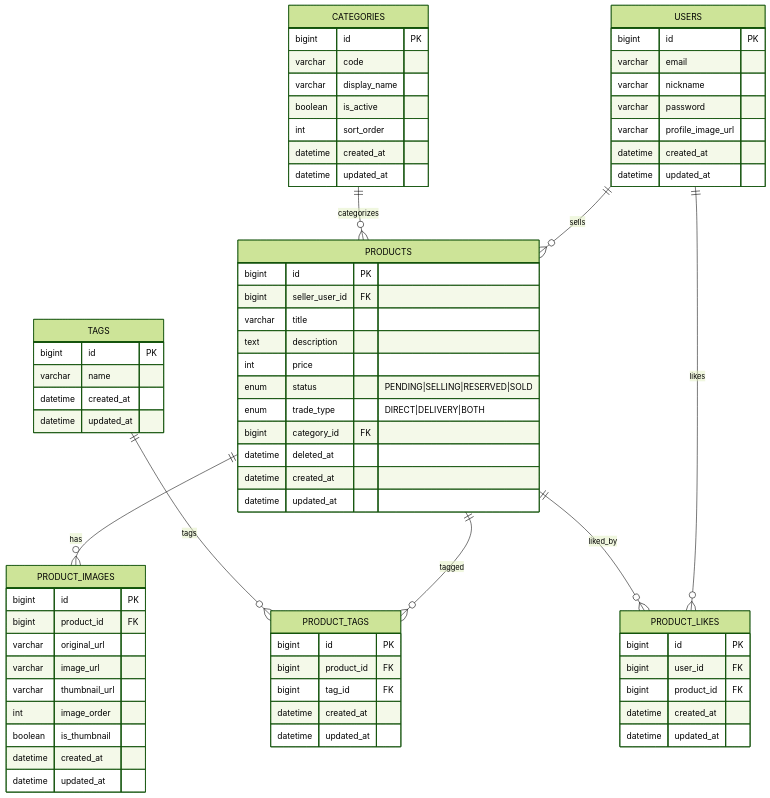
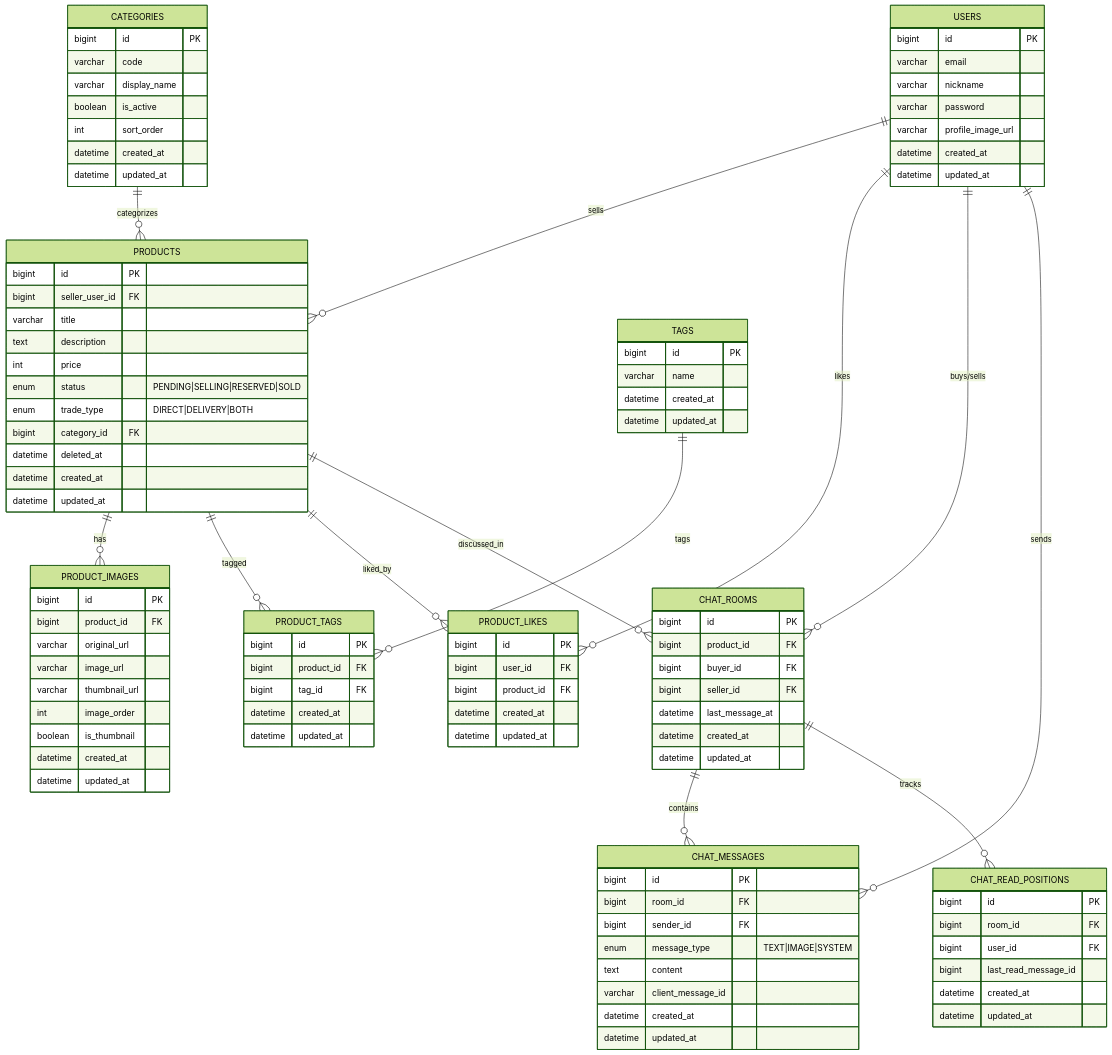
The diagram in architecture/erd.md (cherry-market/cherry-architecture), drawn with Mermaid (forest theme) before and after one commit. The commit also changed 3 other files, not shown here.

First line of the commit message:
docs: Phase 6 채팅 인프라 반영 — 시스템 다이어그램, ERD, 유스케이스 업데이트

````diff
--- a/architecture/erd.md
+++ b/architecture/erd.md
@@ -9,6 +9,11 @@
   TAGS ||--o{ PRODUCT_TAGS : tags
   USERS ||--o{ PRODUCT_LIKES : likes
   PRODUCTS ||--o{ PRODUCT_LIKES : liked_by
+  PRODUCTS ||--o{ CHAT_ROOMS : discussed_in
+  USERS ||--o{ CHAT_ROOMS : "buys/sells"
+  CHAT_ROOMS ||--o{ CHAT_MESSAGES : contains
+  USERS ||--o{ CHAT_MESSAGES : sends
+  CHAT_ROOMS ||--o{ CHAT_READ_POSITIONS : tracks
 
   USERS {
     bigint id PK
@@ -78,4 +83,34 @@
     datetime created_at
     datetime updated_at
   }
+
+  CHAT_ROOMS {
+    bigint id PK
+    bigint product_id FK
+    bigint buyer_id FK
+    bigint seller_id FK
+    datetime last_message_at
+    datetime created_at
+    datetime updated_at
+  }
+
+  CHAT_MESSAGES {
+    bigint id PK
+    bigint room_id FK
+    bigint sender_id FK
+    enum message_type "TEXT|IMAGE|SYSTEM"
+    text content
+    varchar client_message_id
+    datetime created_at
+    datetime updated_at
+  }
+
+  CHAT_READ_POSITIONS {
+    bigint id PK
+    bigint room_id FK
+    bigint user_id FK
+    bigint last_read_message_id
+    datetime created_at
+    datetime updated_at
+  }
 ```
````
